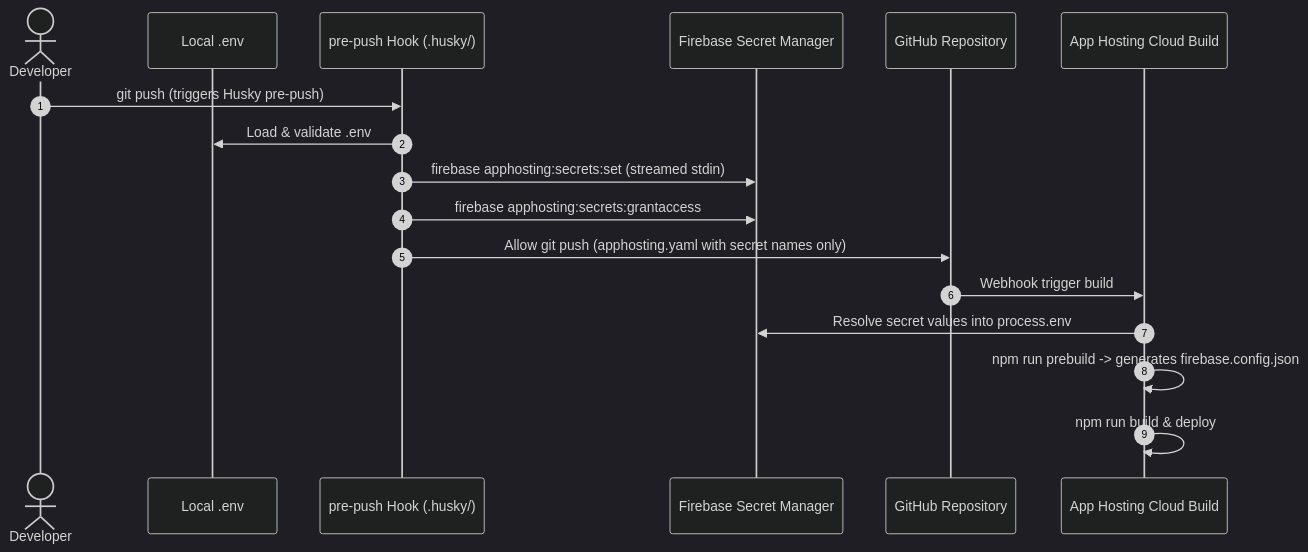
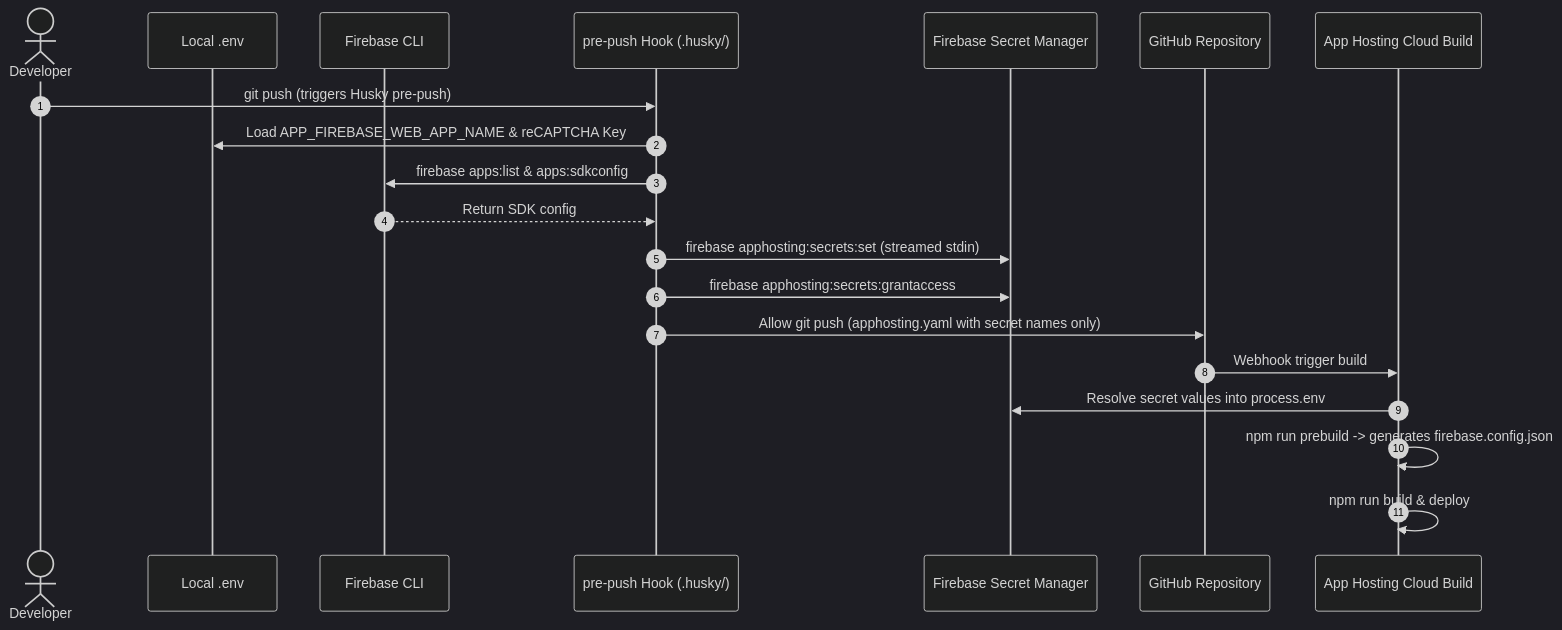
One commit to railsstudent/ng-firebase-tts changed the diagram in docs/adr/0007-app-hosting-secret-management-strategy.md. Above: the diagram before and after it, drawn with Mermaid (dark theme). The commit also changed other lines of this file and 7 other files, not shown here.

Commit message:
refactor: use firebase cli to get the sdk configuration

````diff
--- a/docs/adr/0007-app-hosting-secret-management-strategy.md
+++ b/docs/adr/0007-app-hosting-secret-management-strategy.md
@@ -76,20 +85,23 @@
 ```mermaid
 sequenceDiagram
     autonumber
     actor Dev as Developer
     participant Env as Local .env
+    participant CLI as Firebase CLI
     participant Hook as pre-push Hook (.husky/)
     participant Cloud as Firebase Secret Manager
     participant GitHub as GitHub Repository
     participant Host as App Hosting Cloud Build
 
     Dev->>Hook: git push (triggers Husky pre-push)
-    Hook->>Env: Load & validate .env
+    Hook->>Env: Load APP_FIREBASE_WEB_APP_NAME & reCAPTCHA Key
+    Hook->>CLI: firebase apps:list & apps:sdkconfig
+    CLI-->>Hook: Return SDK config
     Hook->>Cloud: firebase apphosting:secrets:set (streamed stdin)
     Hook->>Cloud: firebase apphosting:secrets:grantaccess
     Hook->>GitHub: Allow git push (apphosting.yaml with secret names only)
     GitHub->>Host: Webhook trigger build
     Host->>Cloud: Resolve secret values into process.env
     Host->>Host: npm run prebuild -> generates firebase.config.json
     Host->>Host: npm run build & deploy
 ```
````
